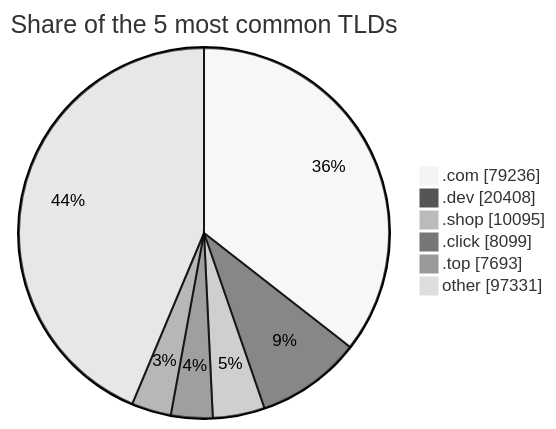
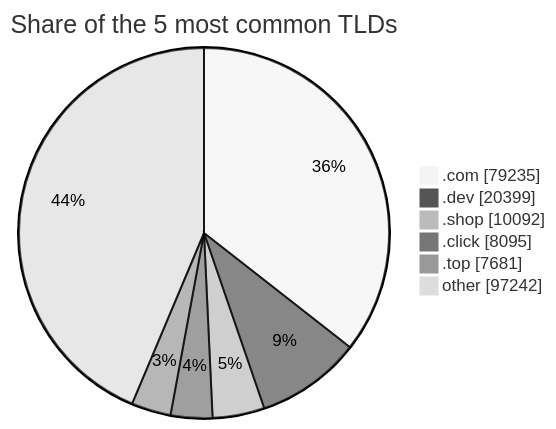
One commit to DNSBunker/CTI changed the third of 3 diagrams in README.md. Above: the diagram before and after it, drawn with Mermaid (neutral theme). The commit also changed other lines of this file and 3 other files, not shown here.

````diff
--- a/README.md
+++ b/README.md
@@ -81,9 +81,9 @@
 ```mermaid
 pie showData title Share of the 5 most common TLDs
-    ".com" : 79236
-    ".dev" : 20408
-    ".shop" : 10095
-    ".click" : 8099
-    ".top" : 7693
-    "other" : 97331
+    ".com" : 79235
+    ".dev" : 20399
+    ".shop" : 10092
+    ".click" : 8095
+    ".top" : 7681
+    "other" : 97242
 ```
````
